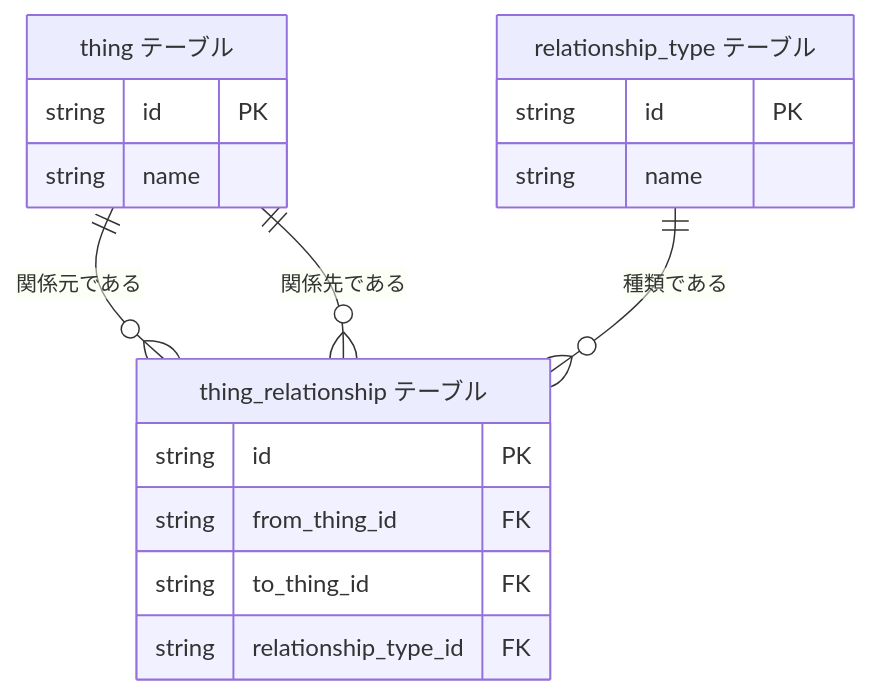
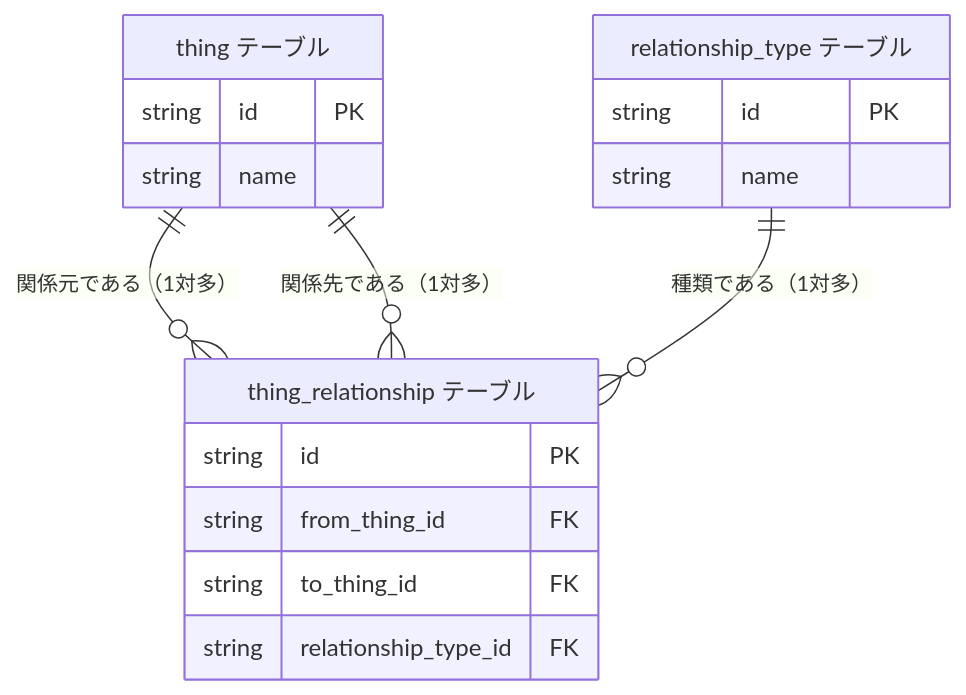
One commit to hiroki-it/tech-notebook changed the eighth of 30 diagrams in docs/software/software_middleware_database_rdb_er.md. Above: the diagram before and after it, drawn with Mermaid. The commit also changed other lines of this file and 4 other files, not shown here.

````diff
--- a/docs/software/software_middleware_database_rdb_er.md
+++ b/docs/software/software_middleware_database_rdb_er.md
@@ -236,23 +236,23 @@
 ```mermaid
 erDiagram
   thing["thing テーブル"] {
     string id PK
     string name
   }
 
   relationship_type["relationship_type テーブル"] {
     string id PK
     string name
   }
 
   thing_relationship["thing_relationship テーブル"] {
     string id PK
     string from_thing_id FK
     string to_thing_id FK
     string relationship_type_id FK
   }
 
-  thing ||--o{ thing_relationship : "関係元である"
-  thing ||--o{ thing_relationship : "関係先である"
-  relationship_type ||--o{ thing_relationship : "種類である"
+  thing ||--o{ thing_relationship : "関係元である（1対多）"
+  thing ||--o{ thing_relationship : "関係先である（1対多）"
+  relationship_type ||--o{ thing_relationship : "種類である（1対多）"
 ```
````
